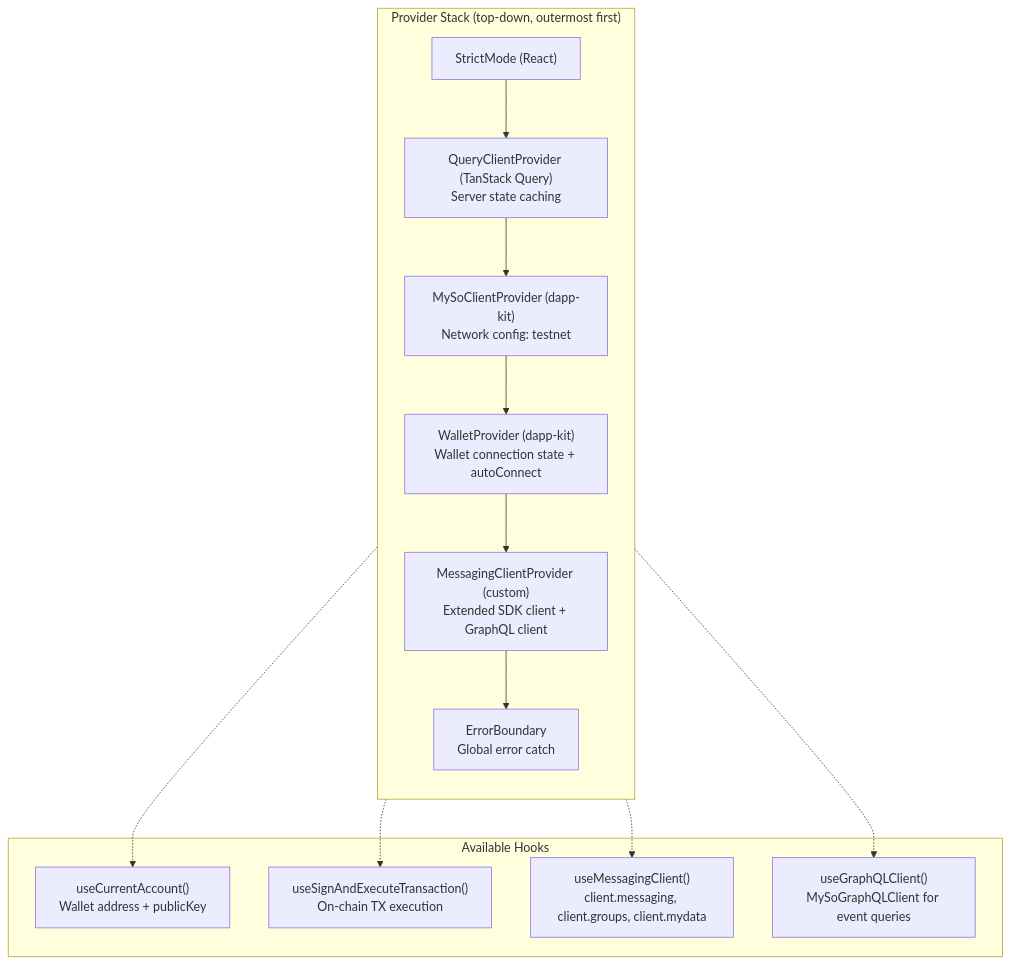
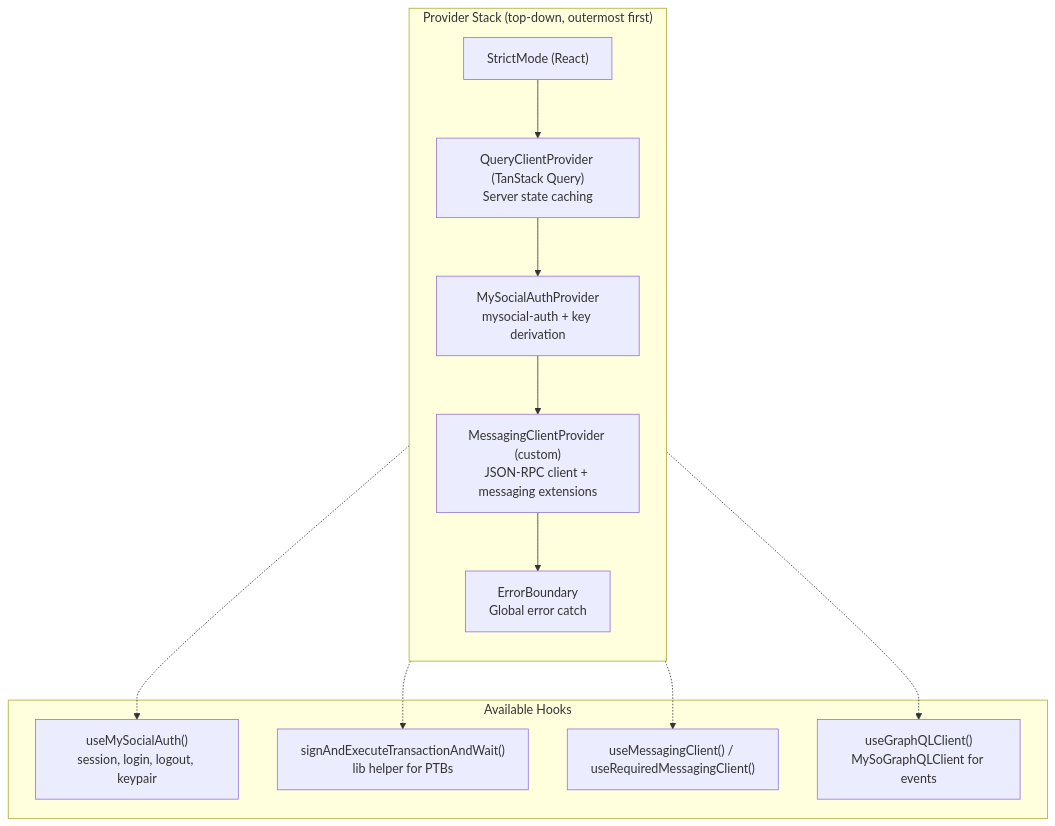
Before and after one commit to The-Social-Proof-Foundation/myso-messaging-stack: diagram 15 of 18 in chat-app/docs/SYSTEM_DESIGN.md, drawn with Mermaid. The commit also changed other lines of this file and 100 other files, not shown here.

````diff
--- a/chat-app/docs/SYSTEM_DESIGN.md
+++ b/chat-app/docs/SYSTEM_DESIGN.md
@@ -539,30 +543,28 @@
 ```mermaid
 graph TB
     subgraph Providers["Provider Stack (top-down, outermost first)"]
         direction TB
         P0["StrictMode (React)"]
         P1["QueryClientProvider (TanStack Query)<br/>Server state caching"]
-        P1B["MySoClientProvider (dapp-kit)<br/>Network config: testnet"]
-        P2["WalletProvider (dapp-kit)<br/>Wallet connection state + autoConnect"]
-        P3["MessagingClientProvider (custom)<br/>Extended SDK client + GraphQL client"]
+        PMS["MySocialAuthProvider<br/>mysocial-auth + key derivation"]
+        P3["MessagingClientProvider (custom)<br/>JSON-RPC client + messaging extensions"]
         P4["ErrorBoundary<br/>Global error catch"]
     end
 
     P0 --> P1
-    P1 --> P1B
-    P1B --> P2
-    P2 --> P3
+    P1 --> PMS
+    PMS --> P3
     P3 --> P4
 
     subgraph Hooks["Available Hooks"]
-        H1["useCurrentAccount()<br/>Wallet address + publicKey"]
-        H2["useSignAndExecuteTransaction()<br/>On-chain TX execution"]
-        H3["useMessagingClient()<br/>client.messaging, client.groups, client.mydata"]
-        H4["useGraphQLClient()<br/>MySoGraphQLClient for event queries"]
+        H1["useMySocialAuth()<br/>session, login, logout, keypair"]
+        H2["signAndExecuteTransactionAndWait()<br/>lib helper for PTBs"]
+        H3["useMessagingClient() / useRequiredMessagingClient()"]
+        H4["useGraphQLClient()<br/>MySoGraphQLClient for events"]
     end
 
-    P2 -.-> H1
-    P2 -.-> H2
+    PMS -.-> H1
+    P3 -.-> H2
     P3 -.-> H3
     P3 -.-> H4
 ```
````
